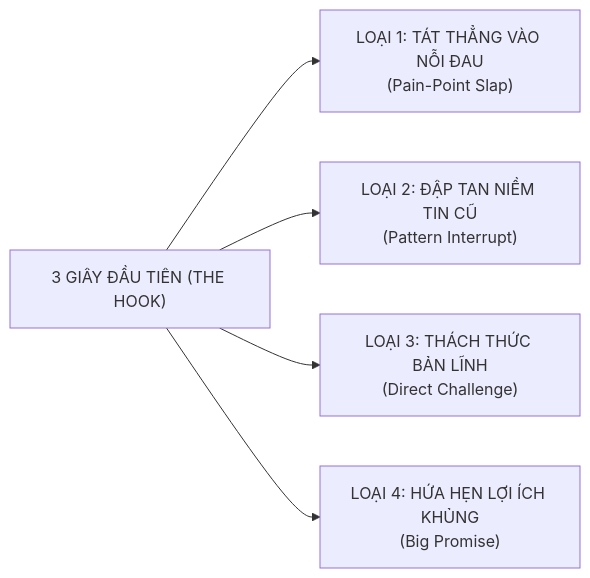
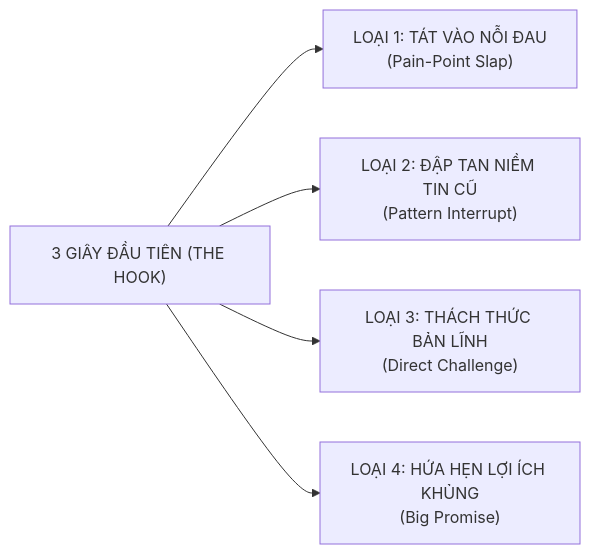
The second of 3 diagrams in GIAO_TRINH_AI_VIDEO_SALES_THAY_TAM.md (cmubeta2/new-you-english), drawn with Mermaid before and after one commit. The commit also changed other lines of this file and 3 other files, not shown here.

````diff
--- a/GIAO_TRINH_AI_VIDEO_SALES_THAY_TAM.md
+++ b/GIAO_TRINH_AI_VIDEO_SALES_THAY_TAM.md
@@ -327,7 +303,7 @@
 ```mermaid
 flowchart LR
-    A["3 GIÂY ĐẦU TIÊN (THE HOOK)"] --> B["LOẠI 1: TÁT THẲNG VÀO NỖI ĐAU<br/>(Pain-Point Slap)"]
+    A["3 GIÂY ĐẦU TIÊN (THE HOOK)"] --> B["LOẠI 1: TÁT VÀO NỖI ĐAU<br/>(Pain-Point Slap)"]
     A --> C["LOẠI 2: ĐẬP TAN NIỀM TIN CŨ<br/>(Pattern Interrupt)"]
     A --> D["LOẠI 3: THÁCH THỨC BẢN LĨNH<br/>(Direct Challenge)"]
     A --> E["LOẠI 4: HỨA HẸN LỢI ÍCH KHỦNG<br/>(Big Promise)"]
 ```
````
